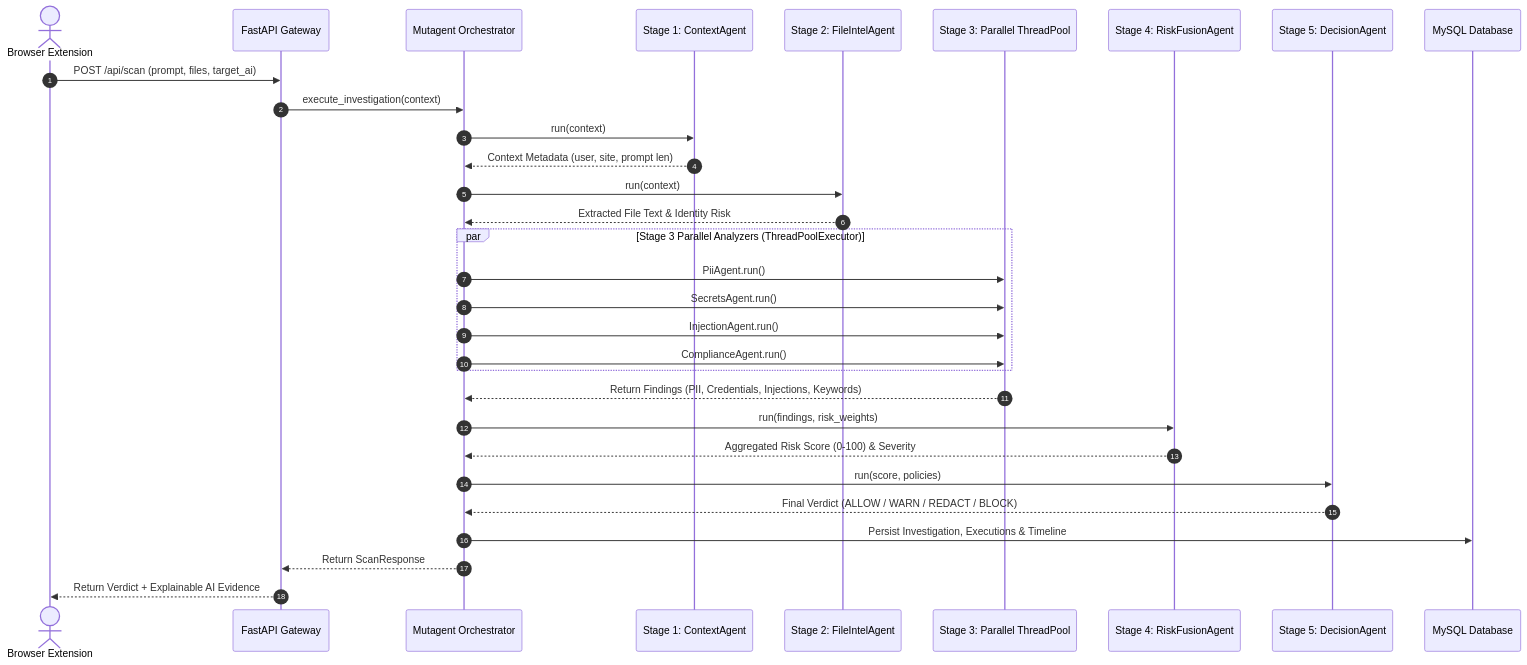
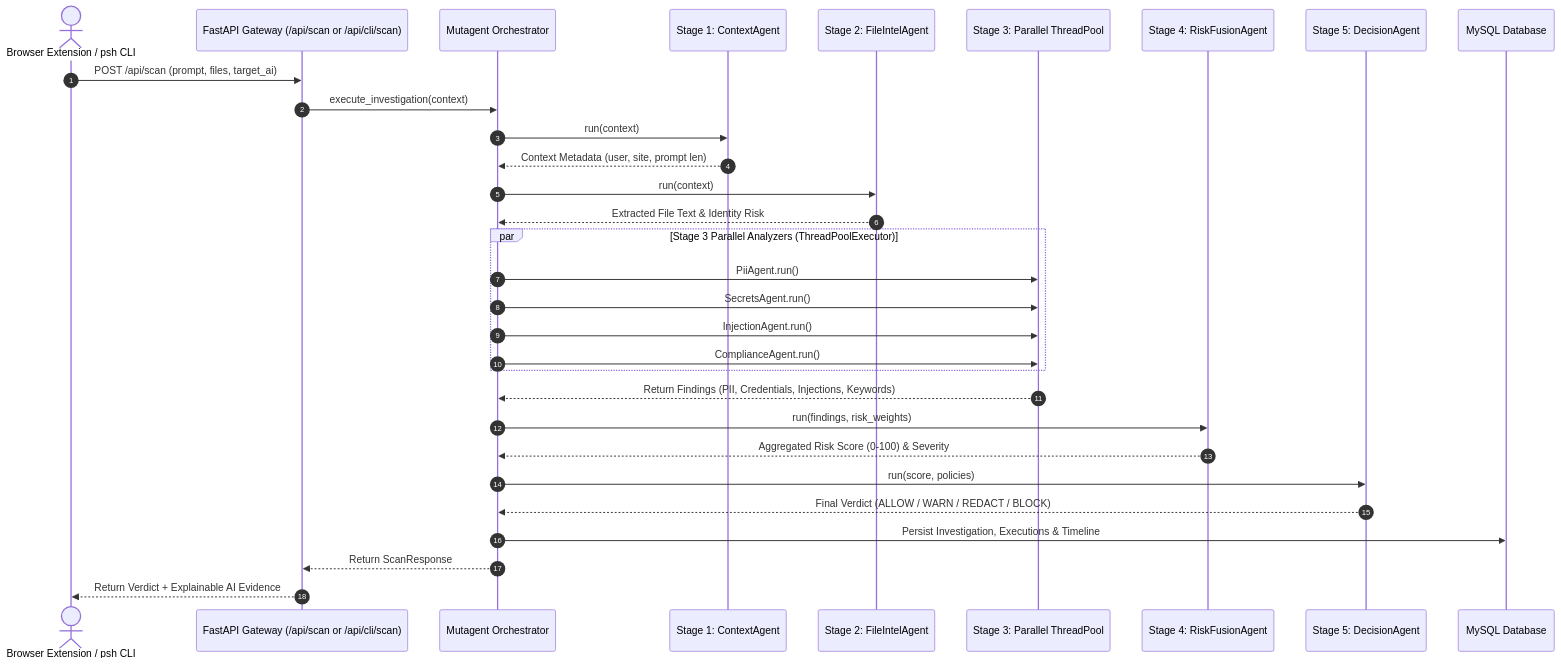
Before and after one commit to ruthviksharma-d/mutagent-hackathon: the diagram in submissions/velocity/workflow.md, drawn with Mermaid. The commit also changed other lines of this file and 29 other files, not shown here.

````diff
--- a/submissions/velocity/workflow.md
+++ b/submissions/velocity/workflow.md
@@ -9,40 +9,40 @@
 ```mermaid
 sequenceDiagram
     autonumber
-    actor Client as Browser Extension
-    participant API as FastAPI Gateway
+    actor Client as Browser Extension / psh CLI
+    participant API as FastAPI Gateway (/api/scan or /api/cli/scan)
     participant Orchestrator as Mutagent Orchestrator
     participant Stage1 as Stage 1: ContextAgent
     participant Stage2 as Stage 2: FileIntelAgent
     participant Stage3 as Stage 3: Parallel ThreadPool
     participant Stage4 as Stage 4: RiskFusionAgent
     participant Stage5 as Stage 5: DecisionAgent
     participant DB as MySQL Database
 
     Client->>API: POST /api/scan (prompt, files, target_ai)
     API->>Orchestrator: execute_investigation(context)
     
     Orchestrator->>Stage1: run(context)
     Stage1-->>Orchestrator: Context Metadata (user, site, prompt len)
     
     Orchestrator->>Stage2: run(context)
     Stage2-->>Orchestrator: Extracted File Text & Identity Risk
     
     par Stage 3 Parallel Analyzers (ThreadPoolExecutor)
         Orchestrator->>Stage3: PiiAgent.run()
         Orchestrator->>Stage3: SecretsAgent.run()
         Orchestrator->>Stage3: InjectionAgent.run()
         Orchestrator->>Stage3: ComplianceAgent.run()
     end
     Stage3-->>Orchestrator: Return Findings (PII, Credentials, Injections, Keywords)
     
     Orchestrator->>Stage4: run(findings, risk_weights)
     Stage4-->>Orchestrator: Aggregated Risk Score (0-100) & Severity
     
     Orchestrator->>Stage5: run(score, policies)
     Stage5-->>Orchestrator: Final Verdict (ALLOW / WARN / REDACT / BLOCK)
     
     Orchestrator->>DB: Persist Investigation, Executions & Timeline
     Orchestrator-->>API: Return ScanResponse
     API-->>Client: Return Verdict + Explainable AI Evidence
 ```
````
